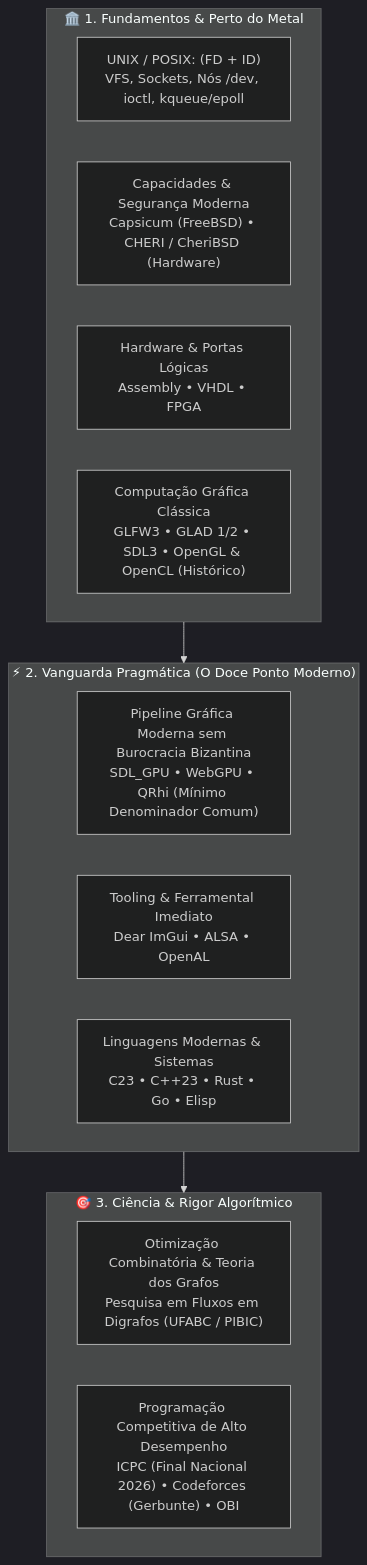
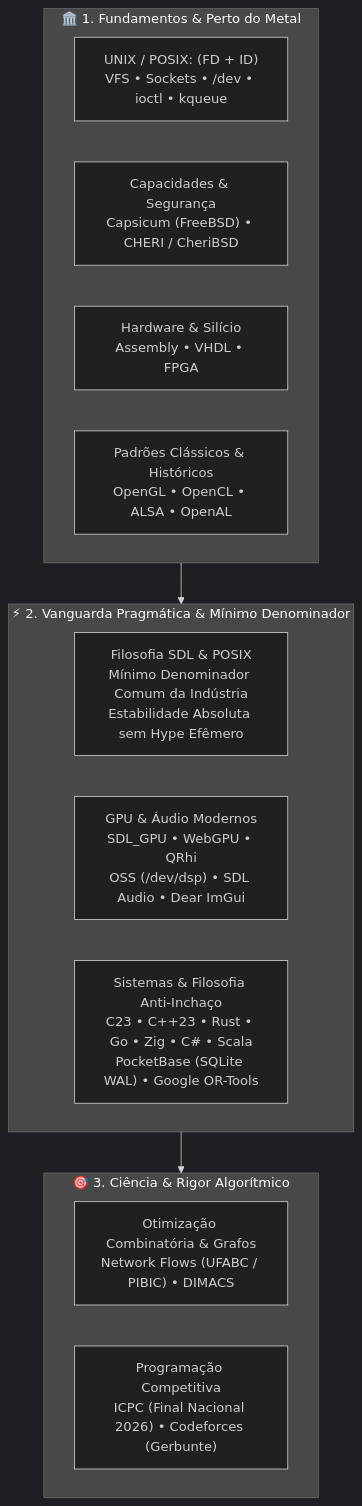
The diagram in README.md (GabrielFrigo4/GabrielFrigo4), drawn with Mermaid (dark theme) before and after one commit. The commit also changed other lines of this file, not shown here.

Commit message:
docs(profile): update SDL vs POSIX philosophy, FreeBSD/Sylve, OSS and unified hub badges

````diff
--- a/README.md
+++ b/README.md
@@ -16,22 +16,25 @@
 ```mermaid
 flowchart TD
     subgraph S1 ["🏛️ 1. Fundamentos & Perto do Metal"]
-        UNIX["UNIX / POSIX: (FD + ID)<br/>VFS, Sockets, Nós /dev, ioctl, kqueue/epoll"]
-        SEC["Capacidades & Segurança Moderna<br/>Capsicum (FreeBSD) • CHERI / CheriBSD (Hardware)"]
-        HW["Hardware & Portas Lógicas<br/>Assembly • VHDL • FPGA"]
-        HIST["Computação Gráfica Clássica<br/>GLFW3 • GLAD 1/2 • SDL3 • OpenGL & OpenCL (Histórico)"]
+        direction LR
+        UNIX["UNIX / POSIX: (FD + ID)<br/>VFS • Sockets • /dev • ioctl • kqueue"]
+        SEC["Capacidades & Segurança<br/>Capsicum (FreeBSD) • CHERI / CheriBSD"]
+        HW["Hardware & Silício<br/>Assembly • VHDL • FPGA"]
+        HIST["Padrões Clássicos & Históricos<br/>OpenGL • OpenCL • ALSA • OpenAL"]
     end
 
-    subgraph S2 ["⚡ 2. Vanguarda Pragmática (O Doce Ponto Moderno)"]
-        MOD_GPU["Pipeline Gráfica Moderna sem Burocracia Bizantina<br/>SDL_GPU • WebGPU • QRhi (Mínimo Denominador Comum)"]
-        TOOL["Tooling & Ferramental Imediato<br/>Dear ImGui • ALSA • OpenAL"]
-        LANG["Linguagens Modernas & Sistemas<br/>C23 • C++23 • Rust • Go • Elisp"]
+    subgraph S2 ["⚡ 2. Vanguarda Pragmática & Mínimo Denominador"]
+        direction LR
+        SDL_PHIL["Filosofia SDL & POSIX<br/>Mínimo Denominador Comum da Indústria<br/>Estabilidade Absoluta sem Hype Efêmero"]
+        MOD_GPU["GPU & Áudio Modernos<br/>SDL_GPU • WebGPU • QRhi<br/>OSS (/dev/dsp) • SDL Audio • Dear ImGui"]
+        SYS_PRAG["Sistemas & Filosofia Anti-Inchaço<br/>C23 • C++23 • Rust • Go • Zig • C# • Scala<br/>PocketBase (SQLite WAL) • Google OR-Tools"]
     end
 
     subgraph S3 ["🎯 3. Ciência & Rigor Algorítmico"]
-        OPT["Otimização Combinatória & Teoria dos Grafos<br/>Pesquisa em Fluxos em Digrafos (UFABC / PIBIC)"]
-        CP["Programação Competitiva de Alto Desempenho<br/>ICPC (Final Nacional 2026) • Codeforces (Gerbunte) • OBI"]
+        direction LR
+        OPT["Otimização Combinatória & Grafos<br/>Network Flows (UFABC / PIBIC) • DIMACS"]
+        CP["Programação Competitiva<br/>ICPC (Final Nacional 2026) • Codeforces (Gerbunte)"]
     end
 
     S1 --> S2 --> S3
 ```
````
